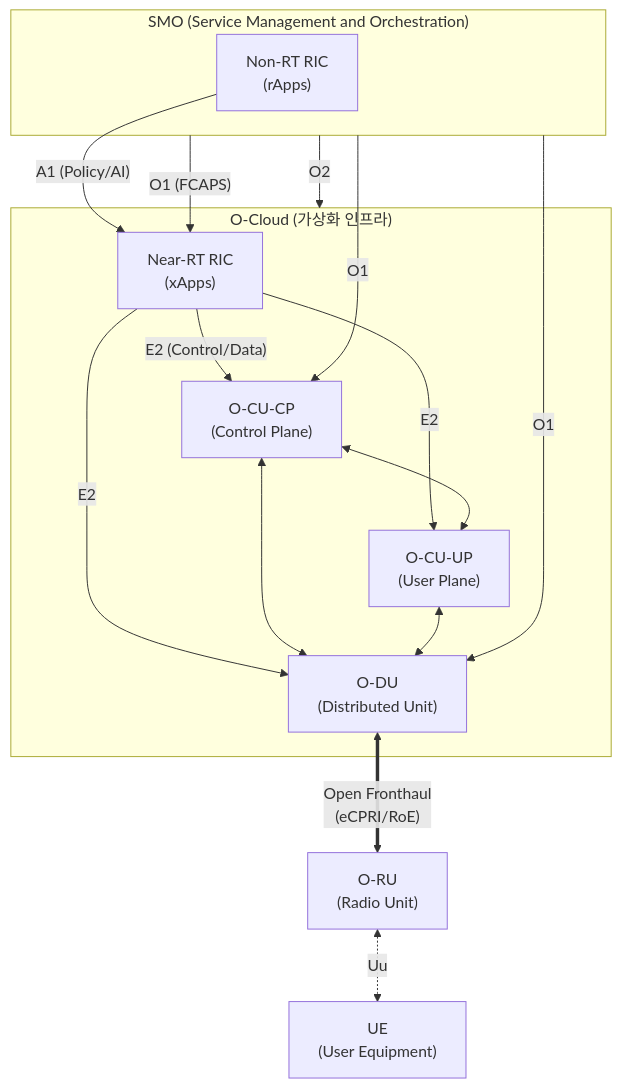
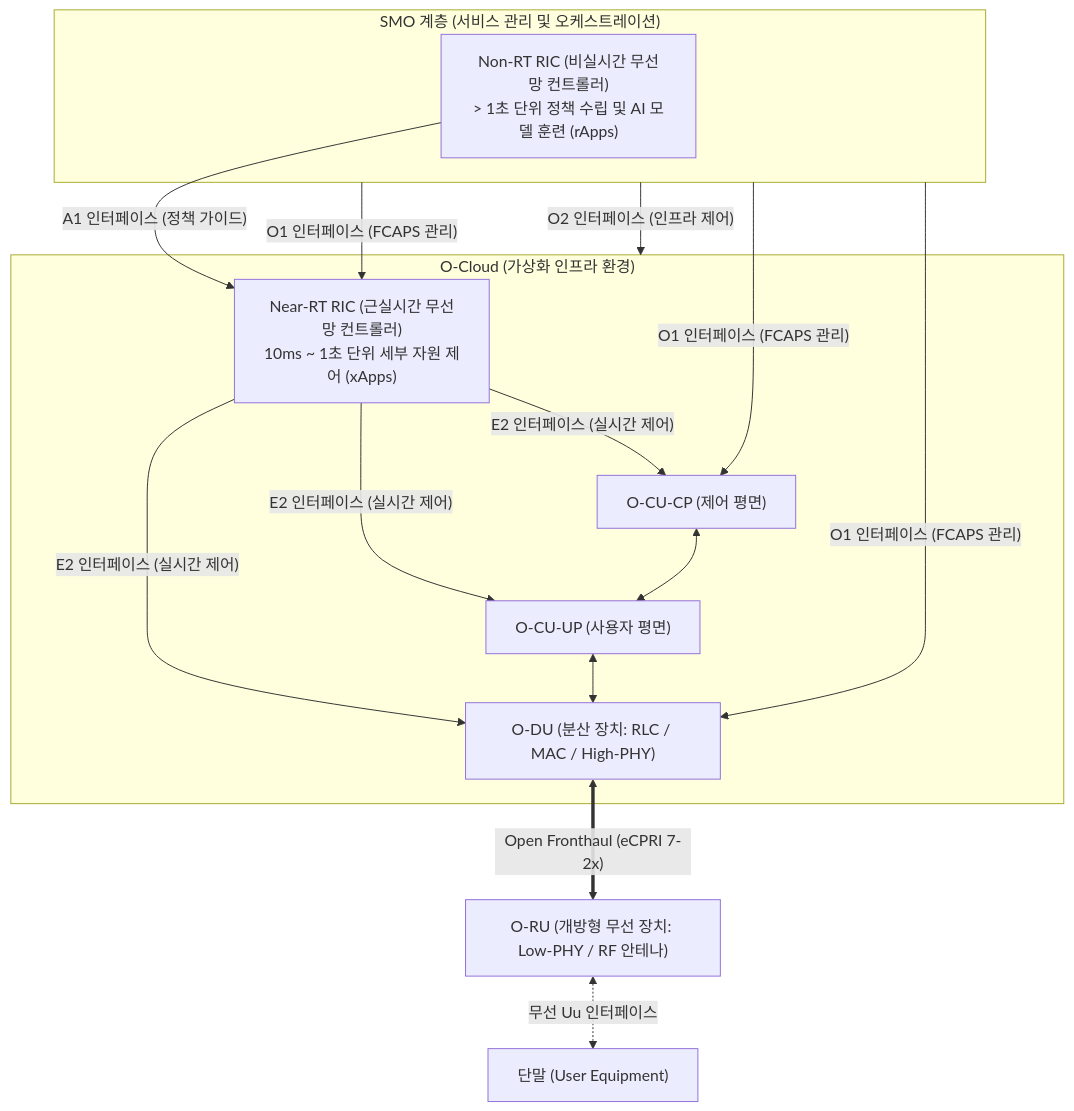
Before and after one commit to supremethumb/supremethumb.github.io: the diagram in content/01_IT Tech/O-RAN.md, drawn with Mermaid. The commit also changed other lines of this file and 362 other files, not shown here.

````diff
--- a/content/01_IT Tech/O-RAN.md
+++ b/content/01_IT Tech/O-RAN.md
@@ -33,35 +37,26 @@
 ```mermaid
 flowchart TD
-    subgraph SMO ["SMO (Service Management and Orchestration)"]
-        Non_RT_RIC["Non-RT RIC<br/>(rApps)"]
+    subgraph SMO ["SMO 계층 (서비스 관리 및 오케스트레이션)"]
+        Non_RT_RIC["Non-RT RIC (비실시간 무선망 컨트롤러)<br/>> 1초 단위 정책 수립 및 AI 모델 훈련 (rApps)"]
     end
 
-    subgraph O_Cloud ["O-Cloud (가상화 인프라)"]
-        Near_RT_RIC["Near-RT RIC<br/>(xApps)"]
-        O_CU_CP["O-CU-CP<br/>(Control Plane)"]
-        O_CU_UP["O-CU-UP<br/>(User Plane)"]
-        O_DU["O-DU<br/>(Distributed Unit)"]
+    subgraph O_Cloud ["O-Cloud (가상화 인프라 환경)"]
+        Near_RT_RIC["Near-RT RIC (근실시간 무선망 컨트롤러)<br/>10ms ~ 1초 단위 세부 자원 제어 (xApps)"]
+        O_CU_CP["O-CU-CP (제어 평면)"]
+        O_CU_UP["O-CU-UP (사용자 평면)"]
+        O_DU["O-DU (분산 장치: RLC / MAC / High-PHY)"]
     end
 
-    O_RU["O-RU<br/>(Radio Unit)"]
-    UE["UE<br/>(User Equipment)"]
+    O_RU["O-RU (개방형 무선 장치: Low-PHY / RF 안테나)"]
+    UE["단말 (User Equipment)"]
 
-    SMO -- "O1 (FCAPS)" --> Near_RT_RIC
-    SMO -- "O1" --> O_CU_CP
-    SMO -- "O1" --> O_DU
-    SMO -- "O2" --> O_Cloud
-    
-    Non_RT_RIC -- "A1 (Policy/AI)" --> Near_RT_RIC
-    Near_RT_RIC -- "E2 (Control/Data)" --> O_CU_CP
-    Near_RT_RIC -- "E2" --> O_CU_UP
-    Near_RT_RIC -- "E2" --> O_DU
+    Non_RT_RIC -- "A1 인터페이스 (정책 가이드)" --> Near_RT_RIC
+    Near_RT_RIC -- "E2 인터페이스 (실시간 제어)" --> O_CU_CP & O_CU_UP & O_DU
+    SMO -- "O1 인터페이스 (FCAPS 관리)" --> Near_RT_RIC & O_CU_CP & O_DU
+    SMO -- "O2 인터페이스 (인프라 제어)" --> O_Cloud
     
     O_CU_CP <--> O_CU_UP
-    O_CU_CP <--> O_DU
     O_CU_UP <--> O_DU
-    
-    O_DU <== "Open Fronthaul<br/>(eCPRI/RoE)" ==> O_RU
-    O_RU <-. "Uu" .-> UE
-
-
+    O_DU <== "Open Fronthaul (eCPRI 7-2x)" ==> O_RU
+    O_RU <-. "무선 Uu 인터페이스" .-> UE
 ```
````
